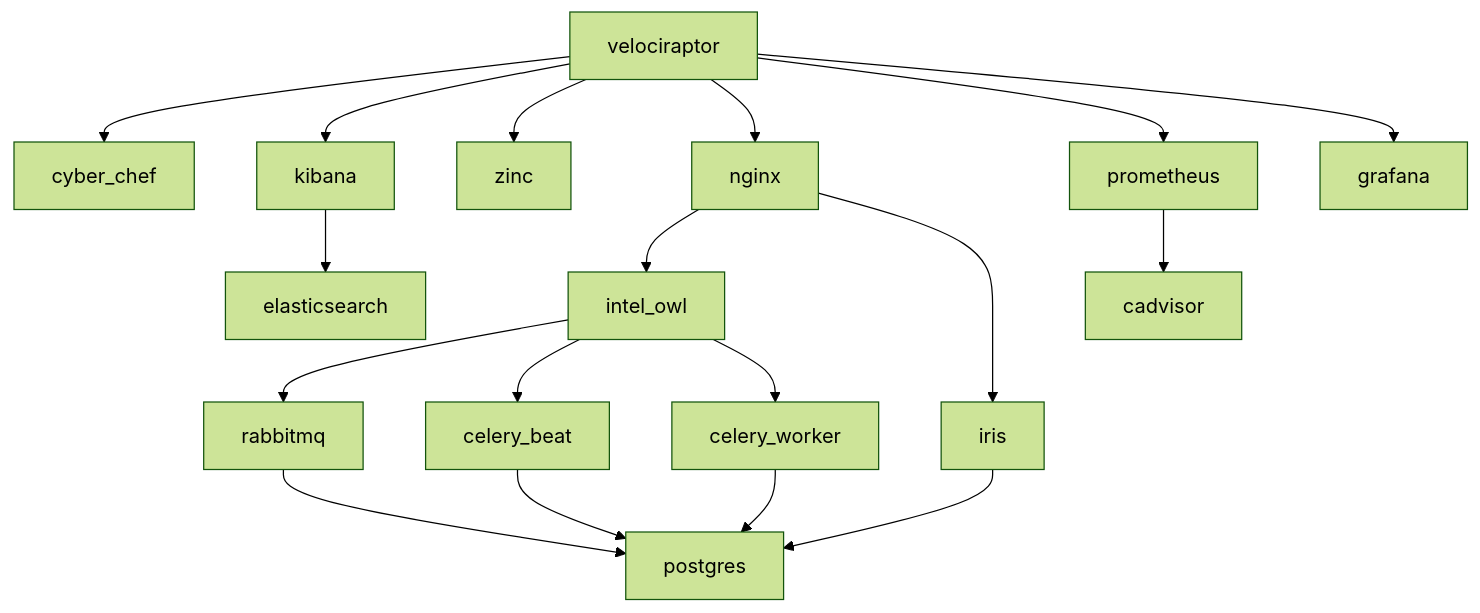
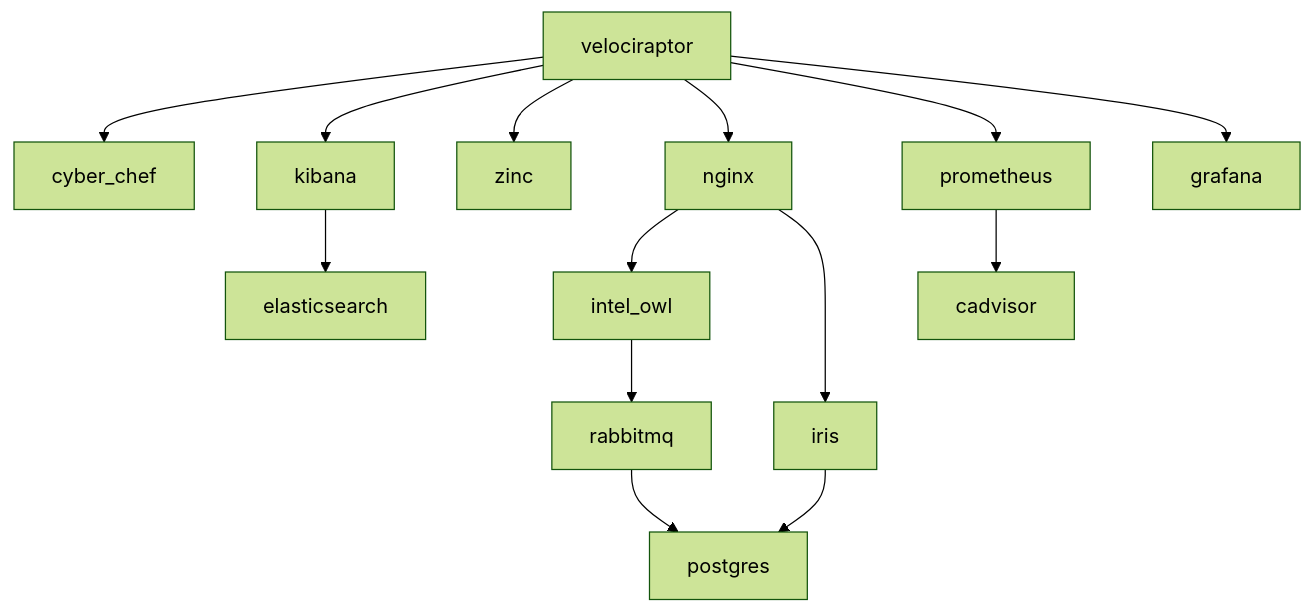
One commit to cyberphor/velocistack-dev changed the diagram in README.md. Above: the diagram before and after it, drawn with Mermaid (forest theme). The commit also changed other lines of this file and 8 other files, not shown here.

Commit message:
Debugging Nginx with Intel Owl

````diff
--- a/README.md
+++ b/README.md
@@ -104,17 +43,15 @@
 ```mermaid
 flowchart TD
     velociraptor --> cyber_chef
     velociraptor --> kibana 
         kibana --> elasticsearch
     velociraptor --> zinc
     velociraptor --> nginx 
         nginx --> intel_owl
             intel_owl --> rabbitmq --> postgres
-            intel_owl --> celery_beat --> postgres
-            intel_owl --> celery_worker --> postgres
         nginx --> iris
             iris --> postgres
     velociraptor --> prometheus
         prometheus --> cadvisor
     velociraptor --> grafana
 ```
````
